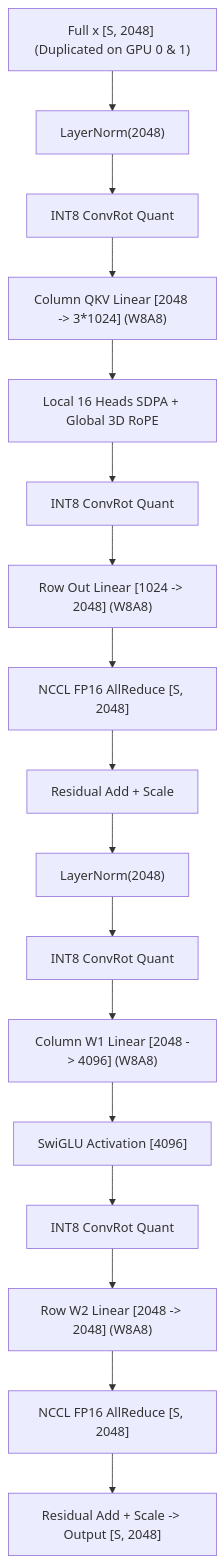
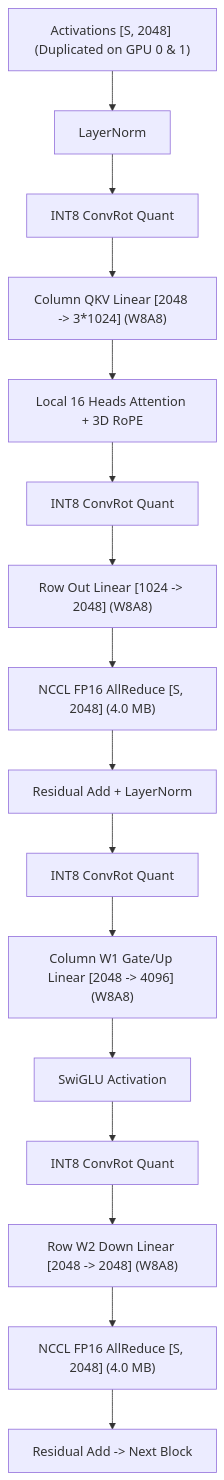
Before and after one commit to chinokikiss/minimax-h3-2xt4: the second of 3 diagrams in VIDEO_VAE_TP_BENCHMARK.md, drawn with Mermaid. The commit also changed other lines of this file and 3 other files, not shown here.

Commit message:
docs: update VIDEO_VAE_TP_BENCHMARK.md with real 2x T4 INT8 ConvRot checkpoint results

````diff
--- a/VIDEO_VAE_TP_BENCHMARK.md
+++ b/VIDEO_VAE_TP_BENCHMARK.md
@@ -141,19 +174,18 @@
 ```mermaid
 flowchart TD
-    X["Full x [S, 2048] (Duplicated on GPU 0 & 1)"] --> LN1["LayerNorm(2048)"]
+    X["Activations [S, 2048] (Duplicated on GPU 0 & 1)"] --> LN1["LayerNorm"]
     LN1 --> Q1["INT8 ConvRot Quant"]
     Q1 --> QKV["Column QKV Linear [2048 -> 3*1024] (W8A8)"]
-    QKV --> SDPA["Local 16 Heads SDPA + Global 3D RoPE"]
-    SDPA --> Q2["INT8 ConvRot Quant"]
-    Q2 --> OUT["Row Out Linear [1024 -> 2048] (W8A8)"]
-    OUT --> AR1["NCCL FP16 AllReduce [S, 2048]"]
-    AR1 --> ADD1["Residual Add + Scale"]
-    ADD1 --> LN2["LayerNorm(2048)"]
-    LN2 --> Q3["INT8 ConvRot Quant"]
-    Q3 --> W1["Column W1 Linear [2048 -> 4096] (W8A8)"]
-    W1 --> ACT["SwiGLU Activation [4096]"]
+    QKV --> ATTN["Local 16 Heads Attention + 3D RoPE"]
+    ATTN --> Q2["INT8 ConvRot Quant"]
+    Q2 --> PROJ["Row Out Linear [1024 -> 2048] (W8A8)"]
+    PROJ --> AR1["NCCL FP16 AllReduce [S, 2048] (4.0 MB)"]
+    AR1 --> ADD1["Residual Add + LayerNorm"]
+    ADD1 --> Q3["INT8 ConvRot Quant"]
+    Q3 --> FFN1["Column W1 Gate/Up Linear [2048 -> 4096] (W8A8)"]
+    FFN1 --> ACT["SwiGLU Activation"]
     ACT --> Q4["INT8 ConvRot Quant"]
-    Q4 --> W2["Row W2 Linear [2048 -> 2048] (W8A8)"]
-    W2 --> AR2["NCCL FP16 AllReduce [S, 2048]"]
-    AR2 --> ADD2["Residual Add + Scale -> Output [S, 2048]"]
+    Q4 --> FFN2["Row W2 Down Linear [2048 -> 2048] (W8A8)"]
+    FFN2 --> AR2["NCCL FP16 AllReduce [S, 2048] (4.0 MB)"]
+    AR2 --> ADD2["Residual Add -> Next Block"]
 ```
````
